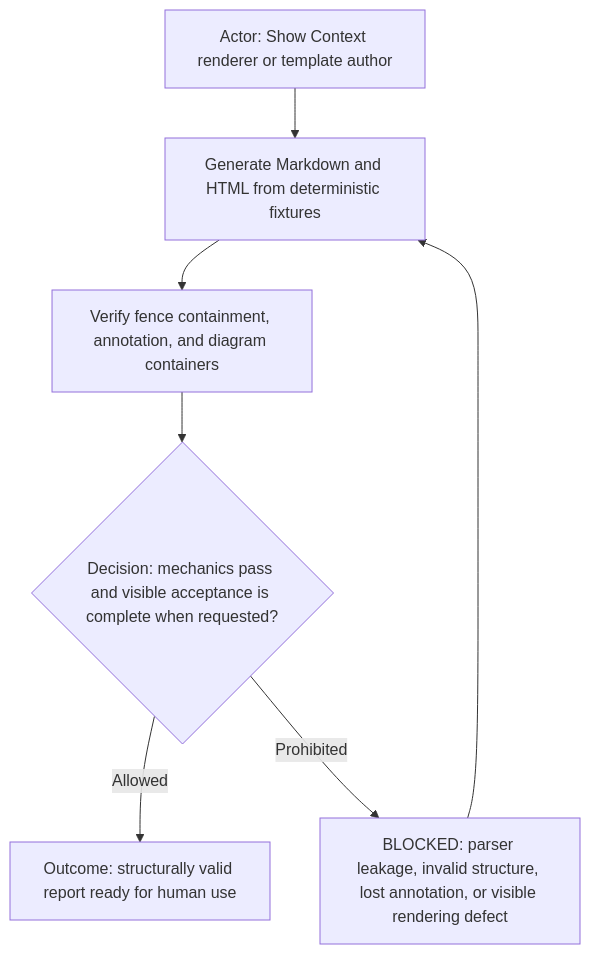
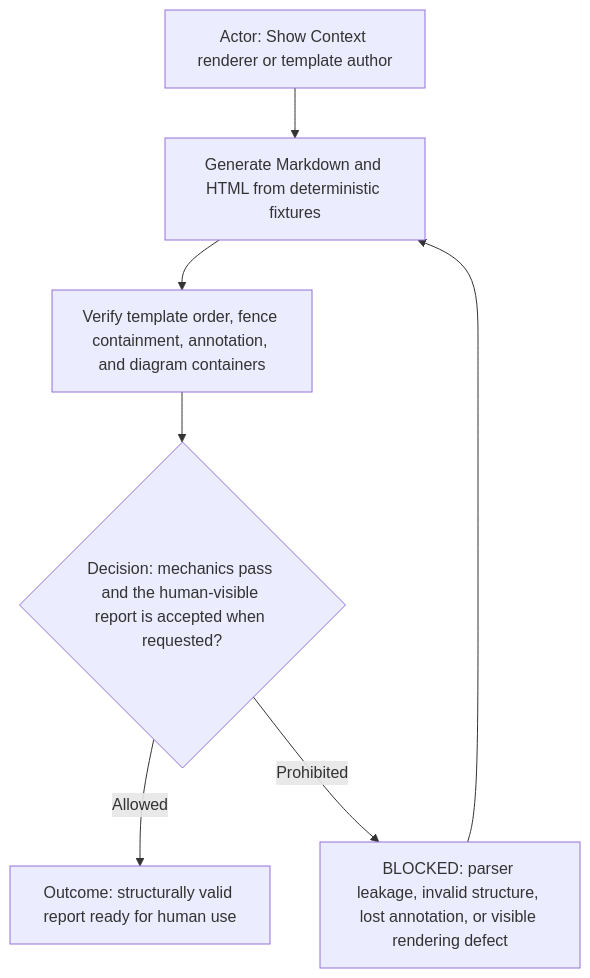
The seventh of 11 diagrams in show-context/show-context.command.md (starodubtsevconsulting/ai-commands), drawn with Mermaid before and after one commit. The commit also changed other lines of this file and 4 other files, not shown here.

````diff
--- a/show-context/show-context.command.md
+++ b/show-context/show-context.command.md
@@ -123,9 +179,9 @@
 ```mermaid
 flowchart TD
   Actor["Actor: Show Context renderer or template author"] --> Fixture["Generate Markdown and HTML from deterministic fixtures"]
-  Fixture --> Unit["Verify fence containment, annotation, and diagram containers"]
-  Unit --> Decision{"Decision: mechanics pass and visible acceptance is complete when requested?"}
+  Fixture --> Unit["Verify template order, fence containment, annotation, and diagram containers"]
+  Unit --> Decision{"Decision: mechanics pass and the human-visible report is accepted when requested?"}
   Decision -->|Allowed| Outcome["Outcome: structurally valid report ready for human use"]
   Decision -->|Prohibited| Blocked["BLOCKED: parser leakage, invalid structure, lost annotation, or visible rendering defect"]
   Blocked --> Fixture
 ```
````
